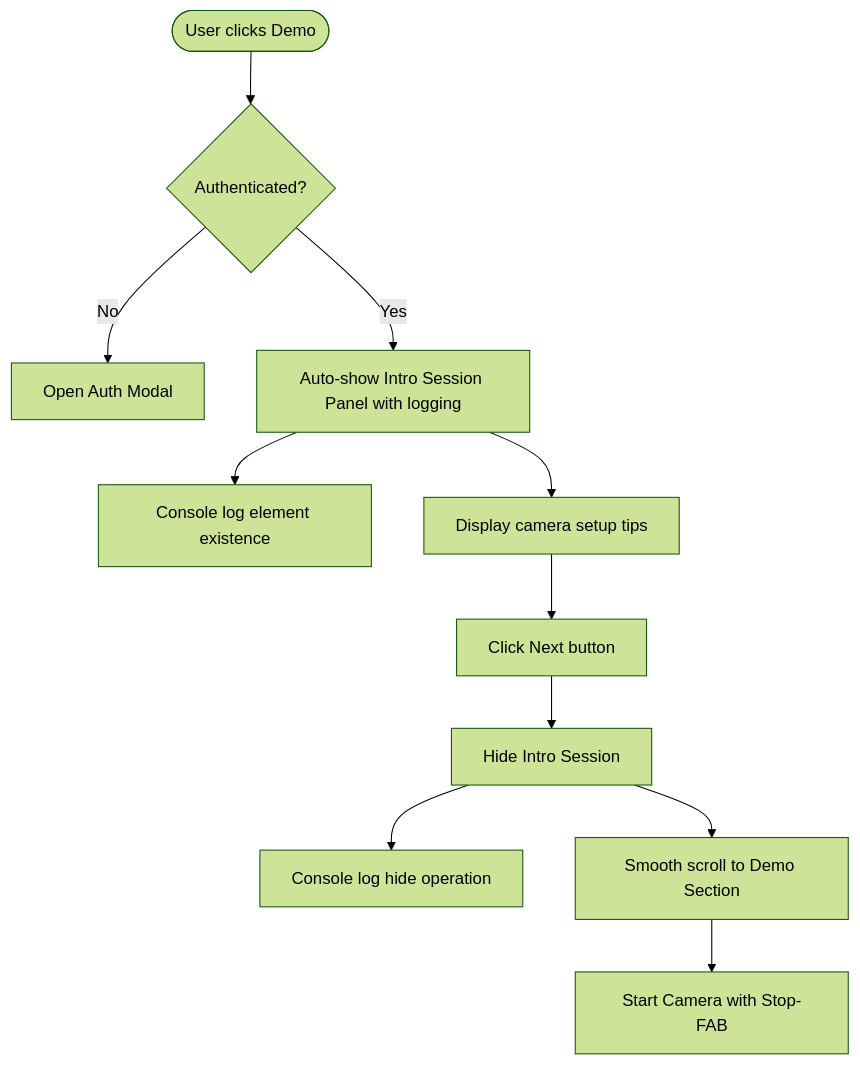
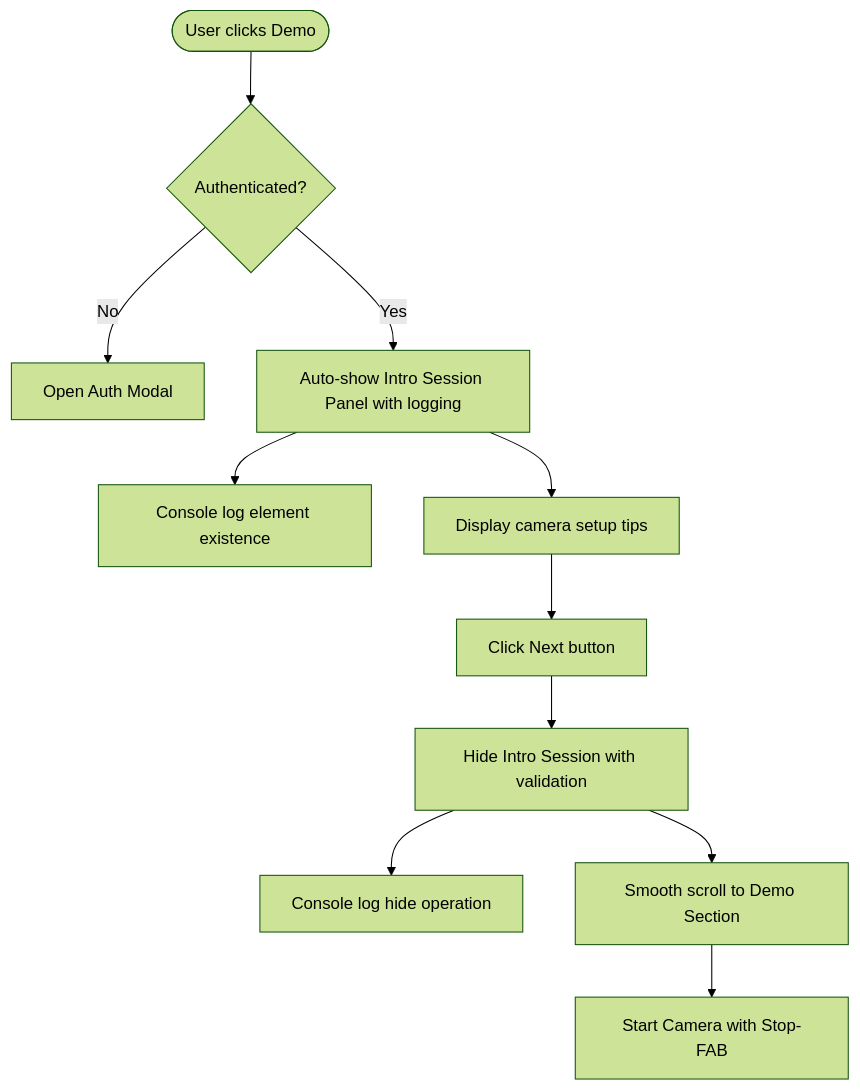
The fourth of 11 diagrams in .qoder/repowiki/en/content/Frontend Application.md (ikramhh/signvue-project), drawn with Mermaid (forest theme) before and after one commit. The commit also changed other lines of this file and 9 other files, not shown here.

````diff
--- a/.qoder/repowiki/en/content/Frontend Application.md
+++ b/.qoder/repowiki/en/content/Frontend Application.md
@@ -214,13 +219,13 @@
 ```mermaid
 flowchart TD
 Start(["User clicks Demo"]) --> CheckAuth{"Authenticated?"}
 CheckAuth --> |No| OpenAuth["Open Auth Modal"]
 CheckAuth --> |Yes| ShowIntro["Auto-show Intro Session Panel with logging"]
 ShowIntro --> LogElement["Console log element existence"]
 ShowIntro --> UserTips["Display camera setup tips"]
 UserTips --> NextButton["Click Next button"]
-NextButton --> HideIntro["Hide Intro Session"]
+NextButton --> HideIntro["Hide Intro Session with validation"]
 HideIntro --> LogHide["Console log hide operation"]
 HideIntro --> ScrollDemo["Smooth scroll to Demo Section"]
 ScrollDemo --> StartCamera["Start Camera with Stop-FAB"]
 ```
````
